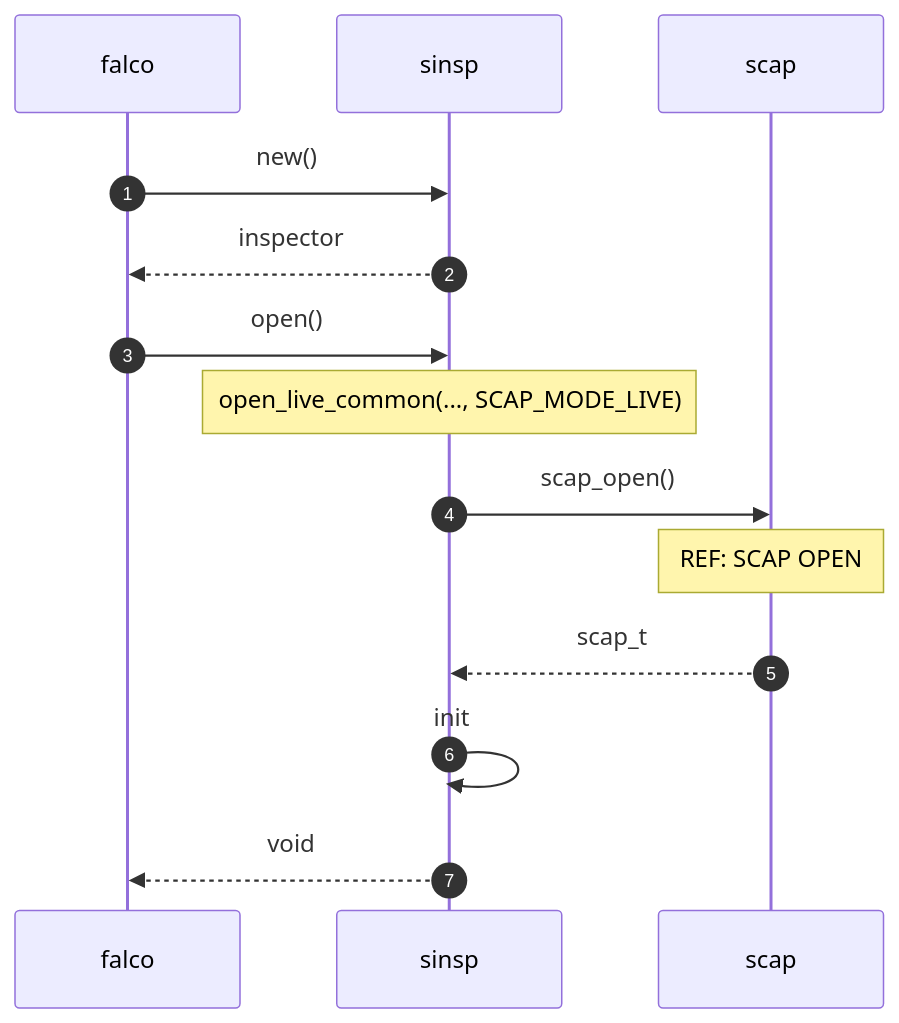
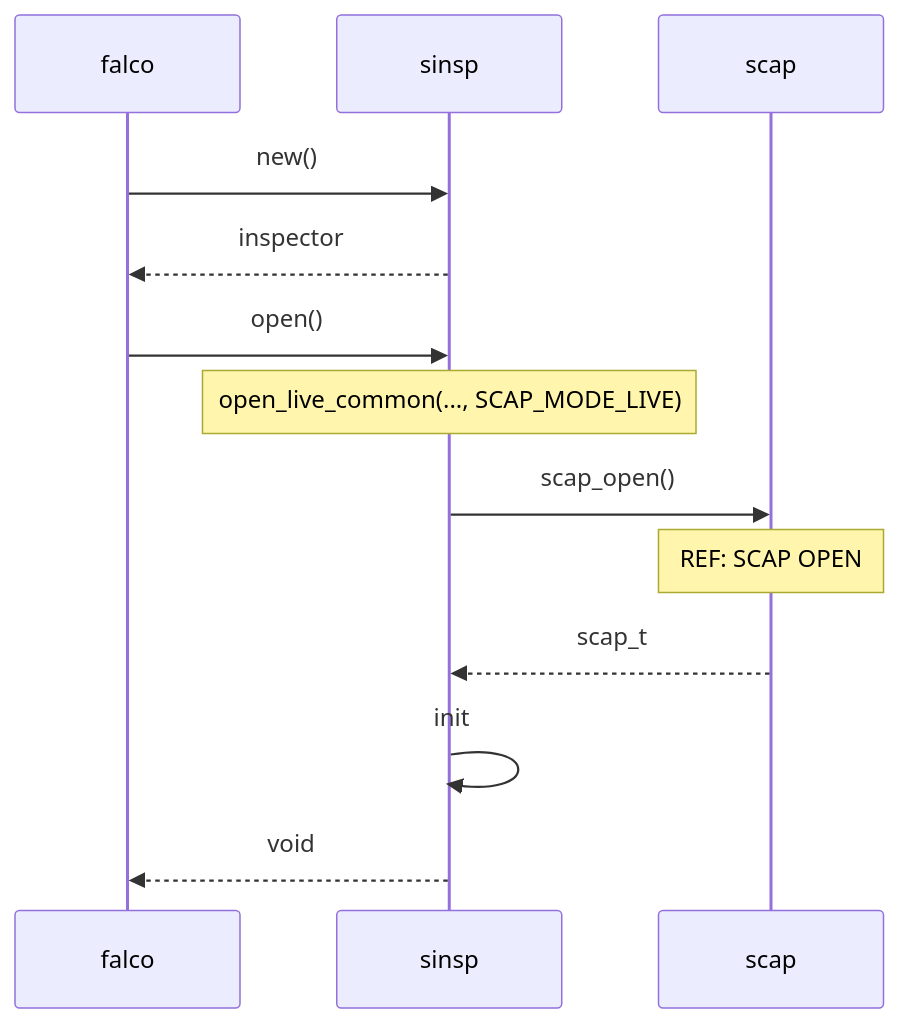
The diagram in ebpf/0.md (leodido/falco-diagrams), drawn with Mermaid before and after one commit.

Commit message:
fix(ebpf): remove autonumbers directive from diagram #0

````diff
--- a/ebpf/0.md
+++ b/ebpf/0.md
@@ -1,13 +1,12 @@
 ```mermaid
 sequenceDiagram
-    autonumber
     falco->>sinsp: new()
     sinsp-->>falco: inspector
     falco->>sinsp: open()
     Note over sinsp: open_live_common(..., SCAP_MODE_LIVE)
     sinsp->>scap: scap_open()
     Note over scap: REF: SCAP OPEN
     scap-->>sinsp: scap_t
     sinsp->>sinsp: init
     sinsp-->>falco: void
 ```
````
